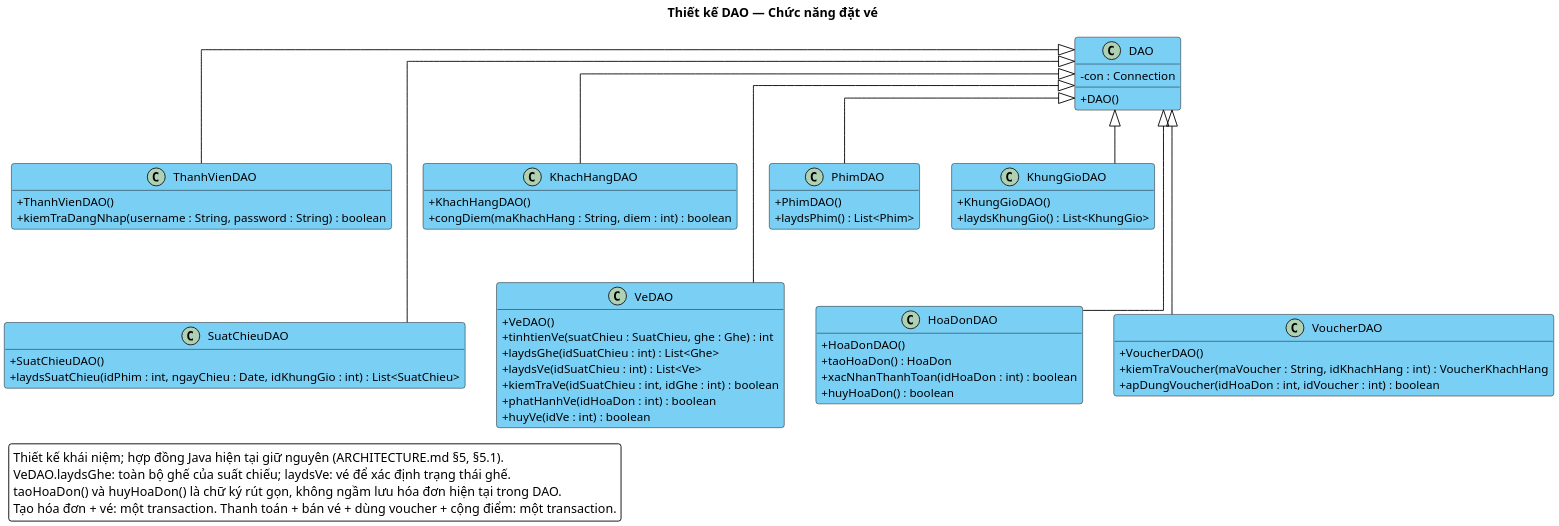
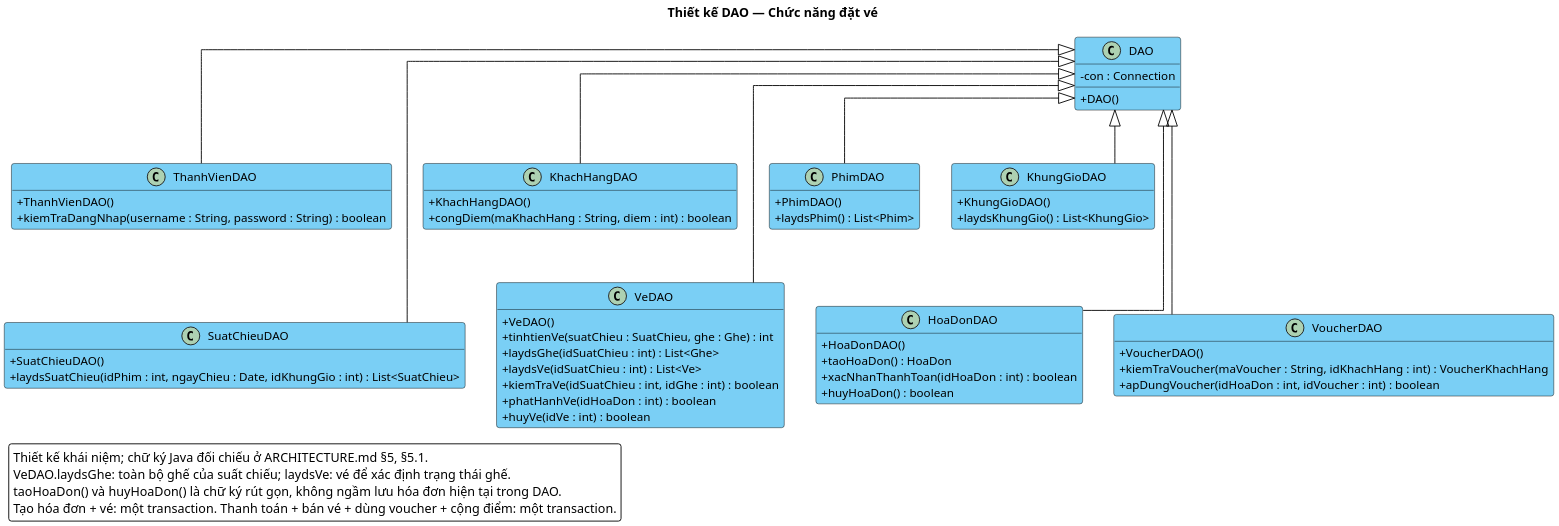
The diagram in diagrams/puml/dao-dat-ve-theo-so-do.puml (22imer/PTTK-CineMan), drawn with PlantUML before and after one commit. The commit also changed 7 other files, not shown here.

Commit message:
refactor(dao): chuyển laydsGhe sang VeDAO và xóa GheDAO

```diff
--- a/diagrams/puml/dao-dat-ve-theo-so-do.puml
+++ b/diagrams/puml/dao-dat-ve-theo-so-do.puml
@@ -1,100 +1,100 @@
 @startuml dao-dat-ve-theo-so-do
 ' Thiết kế DAO đặt vé theo ảnh đã chốt; không thay hợp đồng Java.
-' Điều chỉnh: truy vấn toàn bộ ghế thuộc VeDAO, không có lớp GheDAO trong thiết kế.
+' Truy vấn toàn bộ ghế thuộc VeDAO; không có lớp GheDAO.
 ' Đối chiếu triển khai: ARCHITECTURE.md §5.1.
 skinparam defaultFontName "Times New Roman"
 skinparam defaultFontSize 14
 skinparam backgroundColor white
 skinparam shadowing false
 skinparam dpi 200
 skinparam roundCorner 6
 skinparam ArrowFontSize 13
 skinparam ClassFontSize 14
 skinparam ClassAttributeFontSize 13
 skinparam classAttributeIconSize 0
 skinparam classBackgroundColor #7ACFF5
 skinparam classBorderColor black
 skinparam ArrowColor black
 skinparam linetype ortho
 hide empty members
 
 title Thiết kế DAO — Chức năng đặt vé
 
 class DAO {
   -con : Connection
   +DAO()
 }
 
 together {
   class ThanhVienDAO {
     +ThanhVienDAO()
     +kiemTraDangNhap(username : String, password : String) : boolean
   }
   class KhachHangDAO {
     +KhachHangDAO()
     +congDiem(maKhachHang : String, diem : int) : boolean
   }
   class PhimDAO {
     +PhimDAO()
     +laydsPhim() : List<Phim>
   }
   class KhungGioDAO {
     +KhungGioDAO()
     +laydsKhungGio() : List<KhungGio>
   }
 }
 
 together {
   class SuatChieuDAO {
     +SuatChieuDAO()
     +laydsSuatChieu(idPhim : int, ngayChieu : Date, idKhungGio : int) : List<SuatChieu>
   }
   class VeDAO {
     +VeDAO()
     +tinhtienVe(suatChieu : SuatChieu, ghe : Ghe) : int
     +laydsGhe(idSuatChieu : int) : List<Ghe>
     +laydsVe(idSuatChieu : int) : List<Ve>
     +kiemTraVe(idSuatChieu : int, idGhe : int) : boolean
     +phatHanhVe(idHoaDon : int) : boolean
     +huyVe(idVe : int) : boolean
   }
   class HoaDonDAO {
     +HoaDonDAO()
     +taoHoaDon() : HoaDon
     +xacNhanThanhToan(idHoaDon : int) : boolean
     +huyHoaDon() : boolean
   }
   class VoucherDAO {
     +VoucherDAO()
     +kiemTraVoucher(maVoucher : String, idKhachHang : int) : VoucherKhachHang
     +apDungVoucher(idHoaDon : int, idVoucher : int) : boolean
   }
 }
 
 DAO <|-- ThanhVienDAO
 DAO <|-- KhachHangDAO
 DAO <|-- PhimDAO
 DAO <|-- KhungGioDAO
 DAO <|-- SuatChieuDAO
 DAO <|-- VeDAO
 DAO <|-- HoaDonDAO
 DAO <|-- VoucherDAO
 
 ThanhVienDAO -[hidden]right- KhachHangDAO
 KhachHangDAO -[hidden]right- PhimDAO
 PhimDAO -[hidden]right- KhungGioDAO
 SuatChieuDAO -[hidden]right- VeDAO
 VeDAO -[hidden]right- HoaDonDAO
 HoaDonDAO -[hidden]right- VoucherDAO
 ThanhVienDAO -[hidden]down- SuatChieuDAO
 KhachHangDAO -[hidden]down- VeDAO
 PhimDAO -[hidden]down- HoaDonDAO
 KhungGioDAO -[hidden]down- VoucherDAO
 
 legend bottom left
-  Thiết kế khái niệm; hợp đồng Java hiện tại giữ nguyên (ARCHITECTURE.md §5, §5.1).
+  Thiết kế khái niệm; chữ ký Java đối chiếu ở ARCHITECTURE.md §5, §5.1.
   VeDAO.laydsGhe: toàn bộ ghế của suất chiếu; laydsVe: vé để xác định trạng thái ghế.
   taoHoaDon() và huyHoaDon() là chữ ký rút gọn, không ngầm lưu hóa đơn hiện tại trong DAO.
   Tạo hóa đơn + vé: một transaction. Thanh toán + bán vé + dùng voucher + cộng điểm: một transaction.
 endlegend
 @enduml
```
